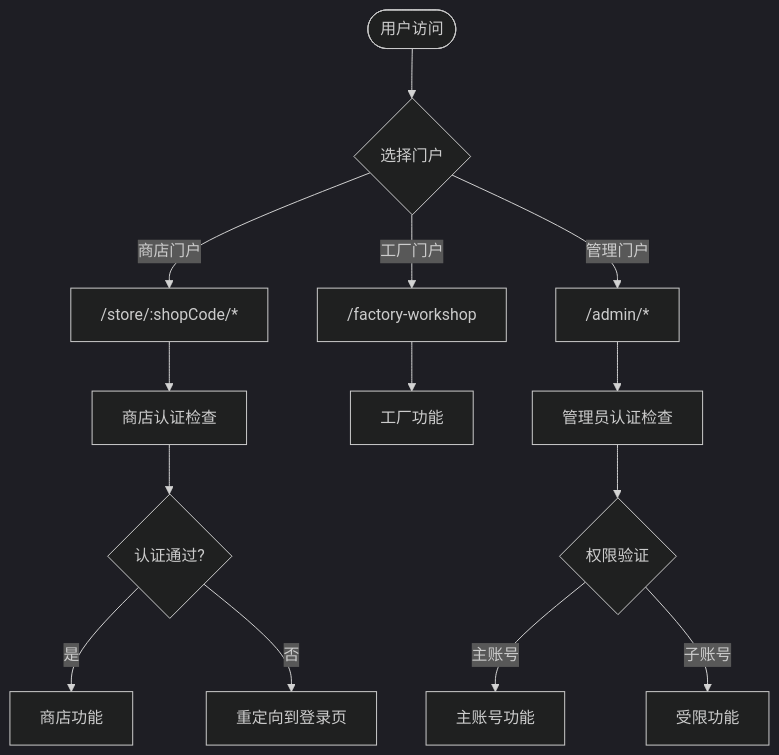
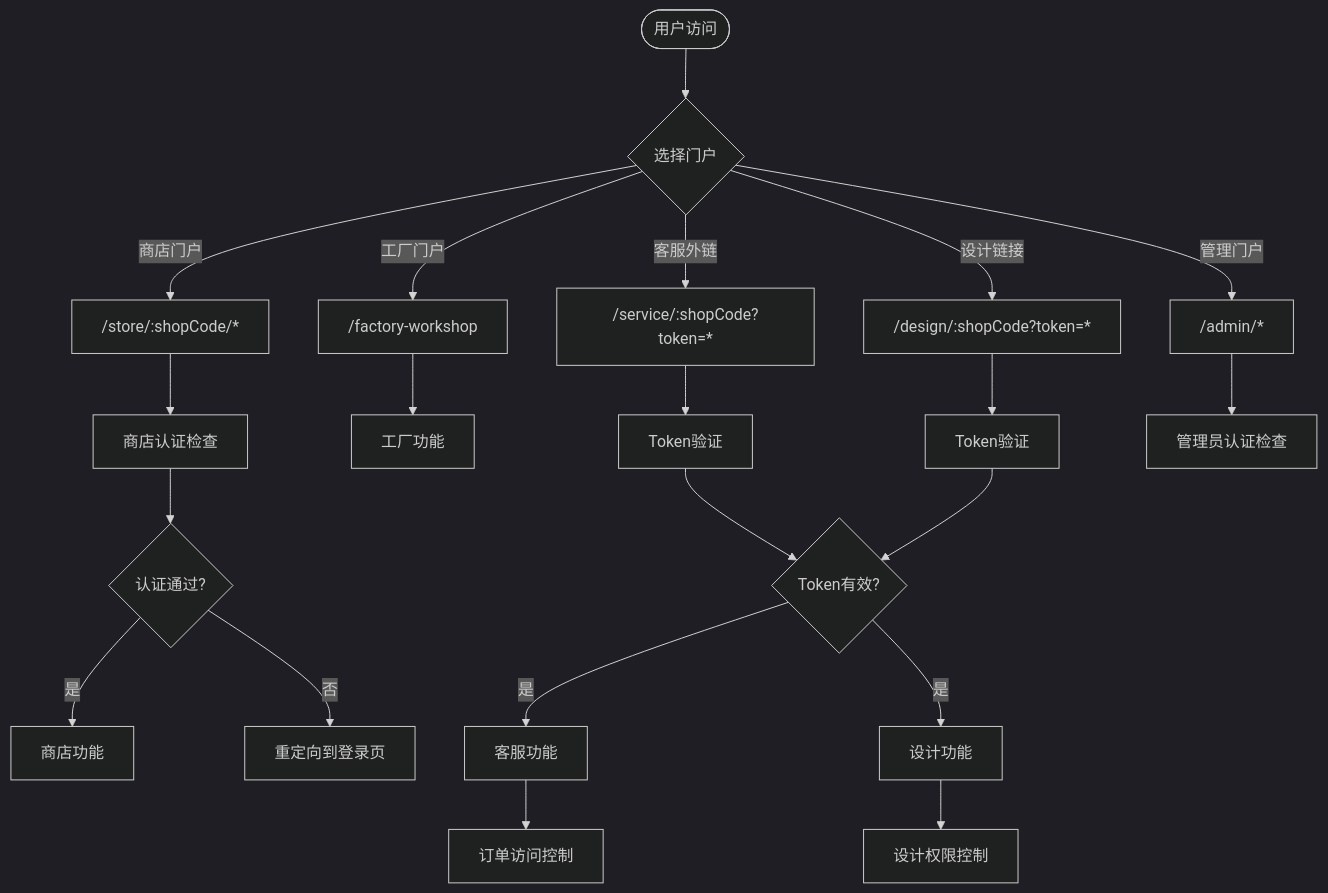
The second of 18 diagrams in .qoder/repowiki/zh/content/开发指南/前后端API对接文档.md (SY6621/POD-Order-Management), drawn with Mermaid (dark theme) before and after one commit. The commit also changed other lines of this file and 15 other files, not shown here.

````diff
--- a/.qoder/repowiki/zh/content/开发指南/前后端API对接文档.md
+++ b/.qoder/repowiki/zh/content/开发指南/前后端API对接文档.md
@@ -262,16 +318,23 @@
 ```mermaid
 flowchart TD
 Start([用户访问]) --> CheckPortal{"选择门户"}
 CheckPortal --> |商店门户| ShopRoute["/store/:shopCode/*"]
 CheckPortal --> |工厂门户| FactoryRoute["/factory-workshop"]
+CheckPortal --> |客服外链| ServiceRoute["/service/:shopCode?token=*"]
+CheckPortal --> |设计链接| DesignRoute["/design/:shopCode?token=*"]
 CheckPortal --> |管理门户| AdminRoute["/admin/*"]
 ShopRoute --> ShopAuth["商店认证检查"]
-ShopAuth --> AuthOK{"认证通过?"}
-AuthOK --> |是| ShopFeatures["商店功能"]
-AuthOK --> |否| RedirectLogin["重定向到登录页"]
+ServiceRoute --> ServiceAuth["Token验证"]
+DesignRoute --> DesignAuth["Token验证"]
 FactoryRoute --> FactoryFeatures["工厂功能"]
 AdminRoute --> AdminAuth["管理员认证检查"]
-AdminAuth --> AdminOK{"权限验证"}
-AdminOK --> |主账号| MainFeatures["主账号功能"]
-AdminOK --> |子账号| SubFeatures["受限功能"]
+ShopAuth --> AuthOK{"认证通过?"}
+ServiceAuth --> TokenOK{"Token有效?"}
+DesignAuth --> TokenOK
+AuthOK --> |是| ShopFeatures["商店功能"]
+TokenOK --> |是| ServiceFeatures["客服功能"]
+TokenOK --> |是| DesignFeatures["设计功能"]
+AuthOK --> |否| RedirectLogin["重定向到登录页"]
+ServiceFeatures --> ServiceAccess["订单访问控制"]
+DesignFeatures --> DesignAccess["设计权限控制"]
 ```
````
